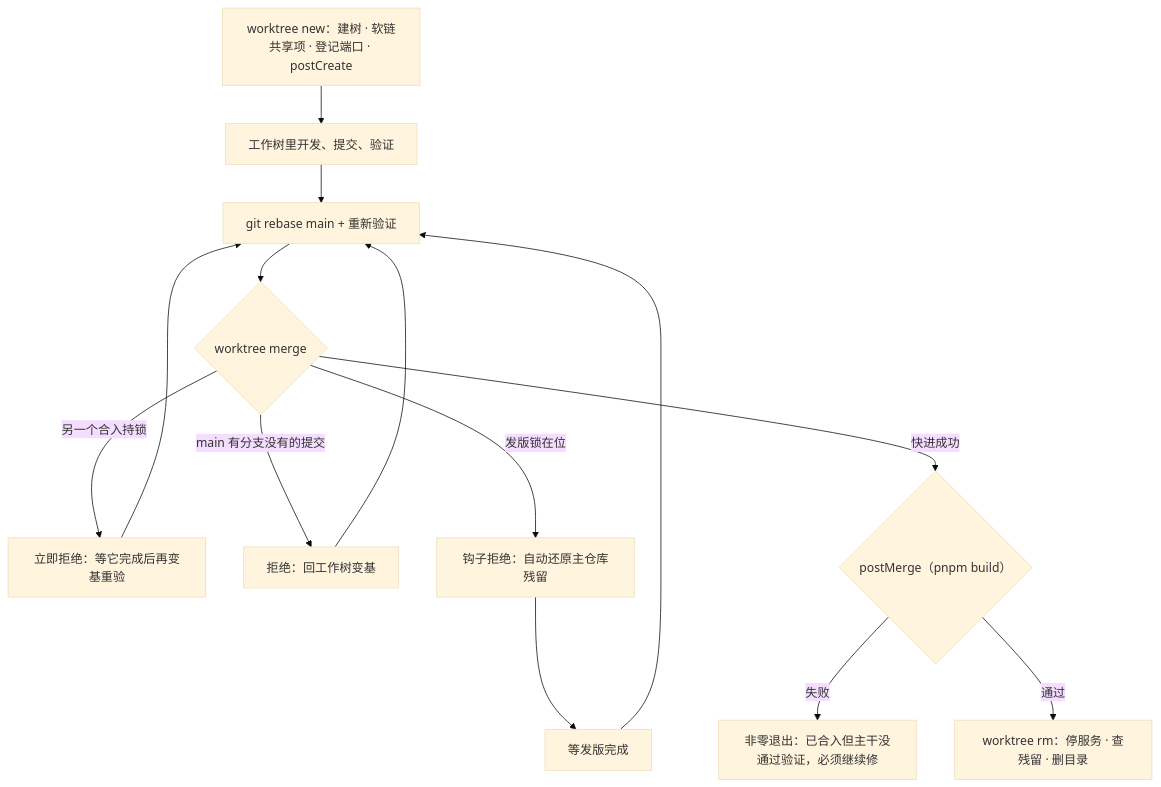
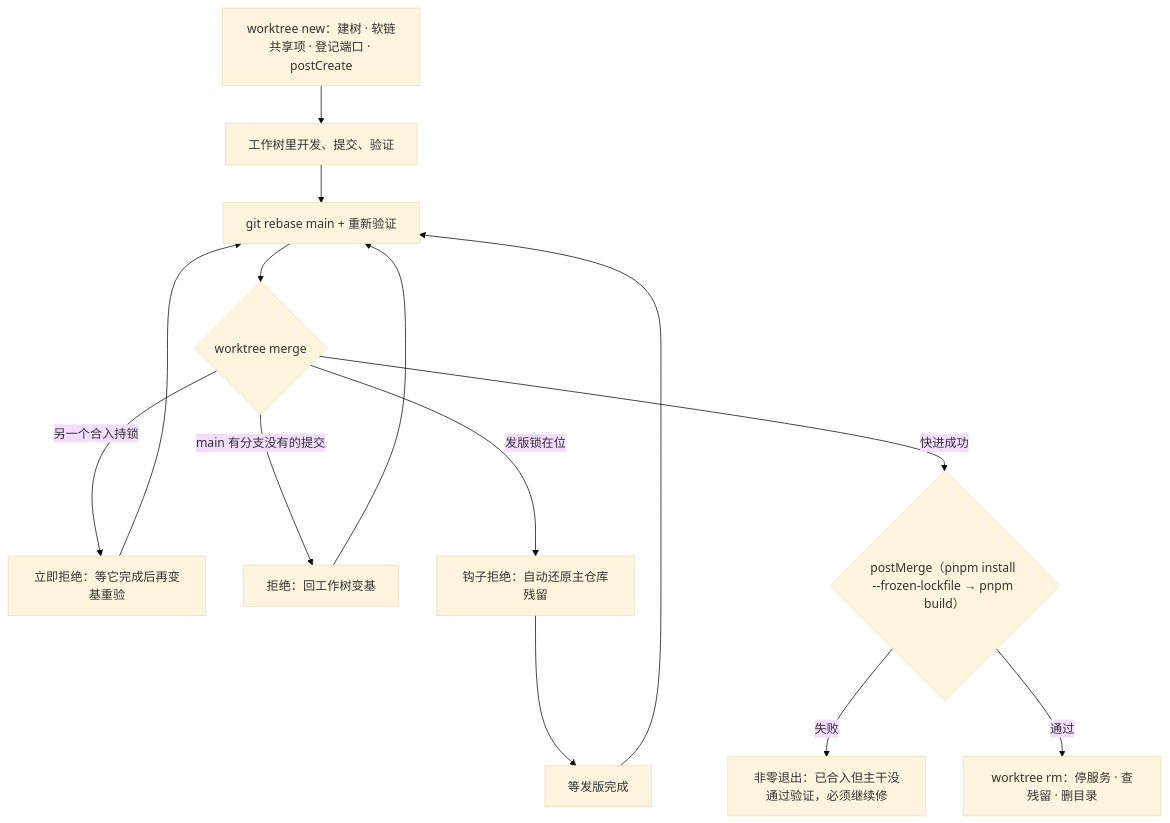
The first of 2 diagrams in docs/架构算法/并行开发与发版.md (iazrael/nexus-kit), drawn with Mermaid (base theme) before and after one commit. The commit also changed other lines of this file and 12 other files, not shown here.

````diff
--- a/docs/架构算法/并行开发与发版.md
+++ b/docs/架构算法/并行开发与发版.md
@@ -29,12 +30,12 @@
 ```mermaid
 flowchart TD
   N["worktree new：建树 · 软链共享项 · 登记端口 · postCreate"] --> D[工作树里开发、提交、验证]
   D --> R["git rebase main + 重新验证"]
   R --> M{"worktree merge"}
   M -- 另一个合入持锁 --> F1[立即拒绝：等它完成后再变基重验] --> R
   M -- main 有分支没有的提交 --> F2[拒绝：回工作树变基] --> R
   M -- 发版锁在位 --> F3[钩子拒绝：自动还原主仓库残留] --> W[等发版完成] --> R
-  M -- 快进成功 --> P{"postMerge（pnpm build）"}
+  M -- 快进成功 --> P{"postMerge（pnpm install --frozen-lockfile → pnpm build）"}
   P -- 失败 --> F4["非零退出：已合入但主干没通过验证，必须继续修"]
   P -- 通过 --> X["worktree rm：停服务 · 查残留 · 删目录"]
 ```
````
